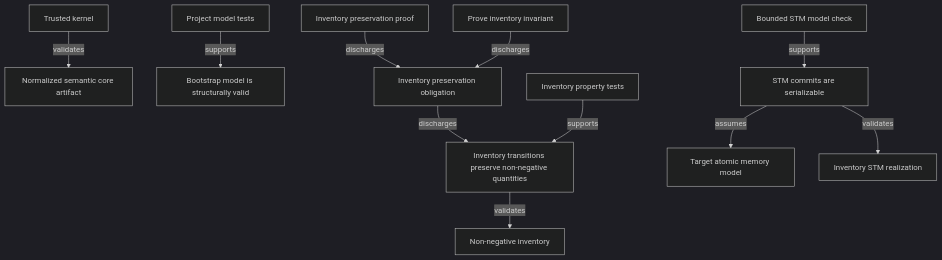
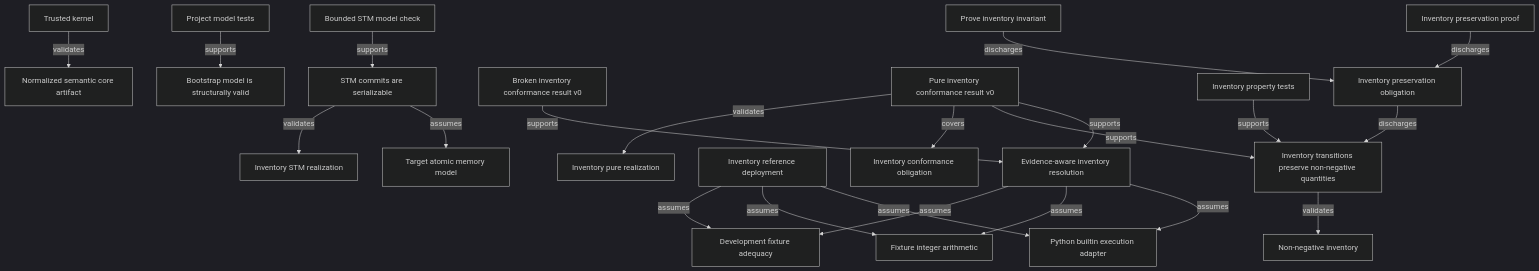
Before and after one commit to phibkro/semantic-systems: the diagram in generated/04-evidence-map.md, drawn with Mermaid (dark theme). The commit also changed 36 other files, not shown here.

Commit message:
feat: complete evidence-aware inventory tracer

````diff
--- a/generated/04-evidence-map.md
+++ b/generated/04-evidence-map.md
@@ -5,27 +5,47 @@
 ```mermaid
 flowchart TD
     artifact_normalized_core["Normalized semantic core artifact"]
+    assumption_inventory_fixture_coverage["Development fixture adequacy"]
+    assumption_inventory_integer_arithmetic["Fixture integer arithmetic"]
+    assumption_inventory_python_adapter["Python builtin execution adapter"]
     assumption_memory_model["Target atomic memory model"]
     claim_inventory_invariant["Inventory transitions preserve non-negative quantities"]
+    claim_inventory_resolution["Evidence-aware inventory resolution"]
     claim_model_valid["Bootstrap model is structurally valid"]
     claim_stm_serializable["STM commits are serializable"]
     component_kernel["Trusted kernel"]
+    deployment_inventory_reference["Inventory reference deployment"]
+    evidence_inventory_broken_conformance_v0["Broken inventory conformance result v0"]
     evidence_inventory_proof["Inventory preservation proof"]
+    evidence_inventory_pure_conformance_v0["Pure inventory conformance result v0"]
     evidence_inventory_tests["Inventory property tests"]
     evidence_model_tests["Project model tests"]
     evidence_stm_model["Bounded STM model check"]
     invariant_inventory_nonnegative["Non-negative inventory"]
+    obligation_inventory_conformance["Inventory conformance obligation"]
     obligation_inventory_proof["Inventory preservation obligation"]
+    realization_inventory_pure["Inventory pure realization"]
     realization_inventory_stm["Inventory STM realization"]
     work_inventory_proof["Prove inventory invariant"]
     component_kernel -->|validates| artifact_normalized_core
     evidence_model_tests -->|supports| claim_model_valid
     obligation_inventory_proof -->|discharges| claim_inventory_invariant
     evidence_inventory_tests -->|supports| claim_inventory_invariant
     evidence_inventory_proof -->|discharges| obligation_inventory_proof
     evidence_stm_model -->|supports| claim_stm_serializable
     claim_stm_serializable -->|assumes| assumption_memory_model
     claim_inventory_invariant -->|validates| invariant_inventory_nonnegative
     claim_stm_serializable -->|validates| realization_inventory_stm
+    evidence_inventory_pure_conformance_v0 -->|supports| claim_inventory_resolution
+    evidence_inventory_broken_conformance_v0 -->|supports| claim_inventory_resolution
+    evidence_inventory_pure_conformance_v0 -->|supports| claim_inventory_invariant
+    evidence_inventory_pure_conformance_v0 -->|covers| obligation_inventory_conformance
+    evidence_inventory_pure_conformance_v0 -->|validates| realization_inventory_pure
+    claim_inventory_resolution -->|assumes| assumption_inventory_python_adapter
+    claim_inventory_resolution -->|assumes| assumption_inventory_integer_arithmetic
+    claim_inventory_resolution -->|assumes| assumption_inventory_fixture_coverage
+    deployment_inventory_reference -->|assumes| assumption_inventory_python_adapter
+    deployment_inventory_reference -->|assumes| assumption_inventory_integer_arithmetic
+    deployment_inventory_reference -->|assumes| assumption_inventory_fixture_coverage
     work_inventory_proof -->|discharges| obligation_inventory_proof
 ```
````
